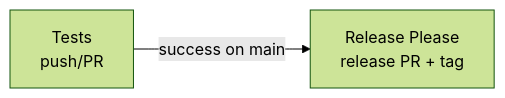
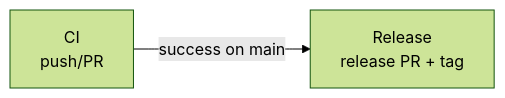
One commit to omniproc/buildkit-build-push-action changed the diagram in .github/workflows/README.md. Above: the diagram before and after it, drawn with Mermaid (forest theme). The commit also changed other lines of this file and 2 other files, not shown here.

First line of the commit message:
fix: use exact ref match for major version tag update

````diff
--- a/.github/workflows/README.md
+++ b/.github/workflows/README.md
@@ -10,4 +10,4 @@
 ```mermaid
 graph LR
-    A[Tests<br/>push/PR] -->|success on main| B[Release Please<br/>release PR + tag]
+    A[CI<br/>push/PR] -->|success on main| B[Release<br/>release PR + tag]
 ```
````
